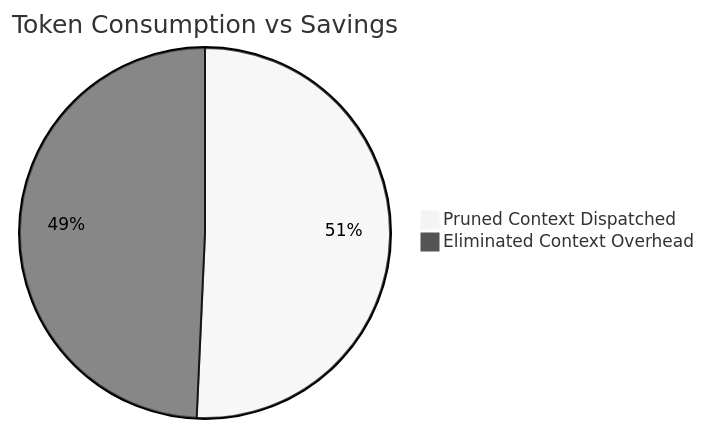
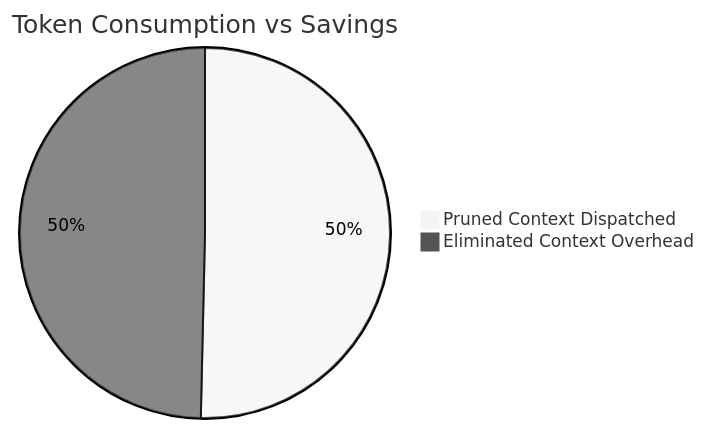
Before and after one commit to lakhwindersingh/nb_fairyfly: the diagram in workplace/docs/reports/token_savings_report.md, drawn with Mermaid (neutral theme). The commit also changed other lines of this file and 230 other files, not shown here.

````diff
--- a/workplace/docs/reports/token_savings_report.md
+++ b/workplace/docs/reports/token_savings_report.md
@@ -26,5 +26,5 @@
 ```mermaid
 pie title Token Consumption vs Savings
-    "Pruned Context Dispatched" : 32692296
-    "Eliminated Context Overhead" : 31770082
+    "Pruned Context Dispatched" : 34670525
+    "Eliminated Context Overhead" : 34173924
 ```
````
